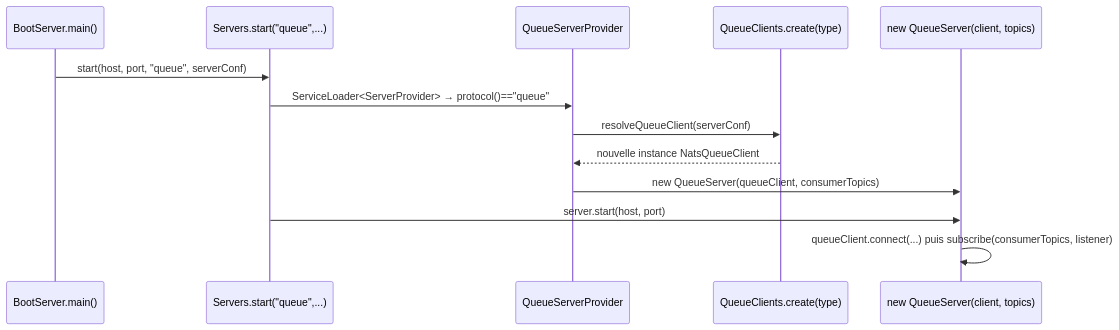
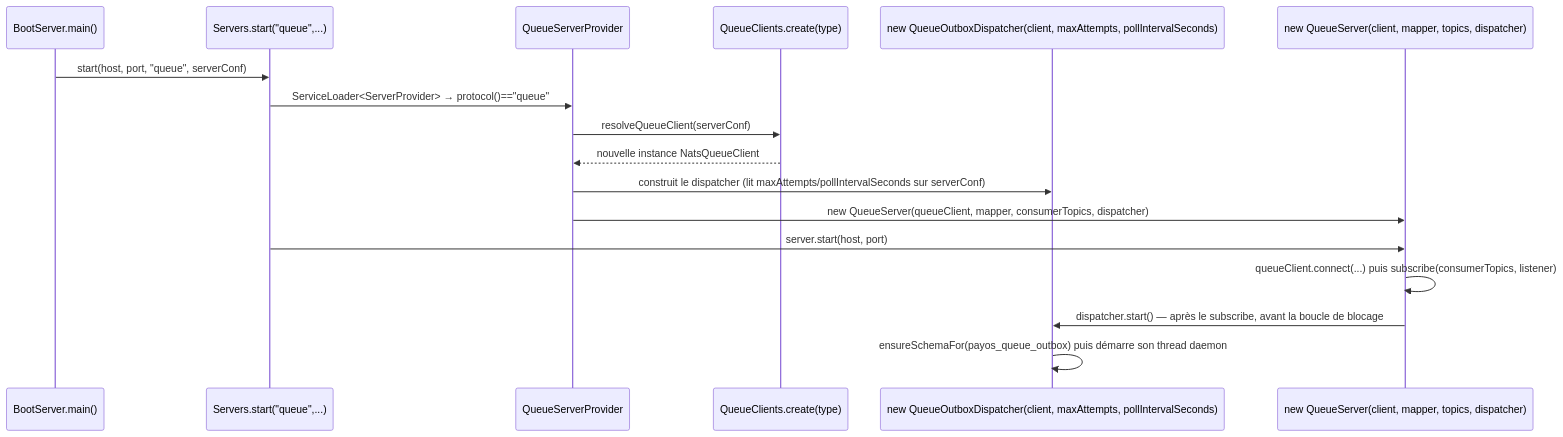
Before and after one commit to asebban/payos-docs: the fourth of 8 diagrams in architecture/queue-architecture.md, drawn with Mermaid. The commit also changed other lines of this file and 21 other files, not shown here.

````diff
--- a/architecture/queue-architecture.md
+++ b/architecture/queue-architecture.md
@@ -146,16 +146,20 @@
 ```mermaid
 sequenceDiagram
     participant Boot as BootServer.main()
     participant Servers as Servers.start("queue",...)
     participant Prov as QueueServerProvider
     participant QC as QueueClients.create(type)
-    participant QS as new QueueServer(client, topics)
+    participant Disp as new QueueOutboxDispatcher(client, maxAttempts, pollIntervalSeconds)
+    participant QS as new QueueServer(client, mapper, topics, dispatcher)
 
     Boot->>Servers: start(host, port, "queue", serverConf)
     Servers->>Prov: ServiceLoader<ServerProvider> → protocol()=="queue"
     Prov->>QC: resolveQueueClient(serverConf)
     QC-->>Prov: nouvelle instance NatsQueueClient
-    Prov->>QS: new QueueServer(queueClient, consumerTopics)
+    Prov->>Disp: construit le dispatcher (lit maxAttempts/pollIntervalSeconds sur serverConf)
+    Prov->>QS: new QueueServer(queueClient, mapper, consumerTopics, dispatcher)
     Servers->>QS: server.start(host, port)
     QS->>QS: queueClient.connect(...) puis subscribe(consumerTopics, listener)
+    QS->>Disp: dispatcher.start() — après le subscribe, avant la boucle de blocage
+    Disp->>Disp: ensureSchemaFor(payos_queue_outbox) puis démarre son thread daemon
 ```
````
